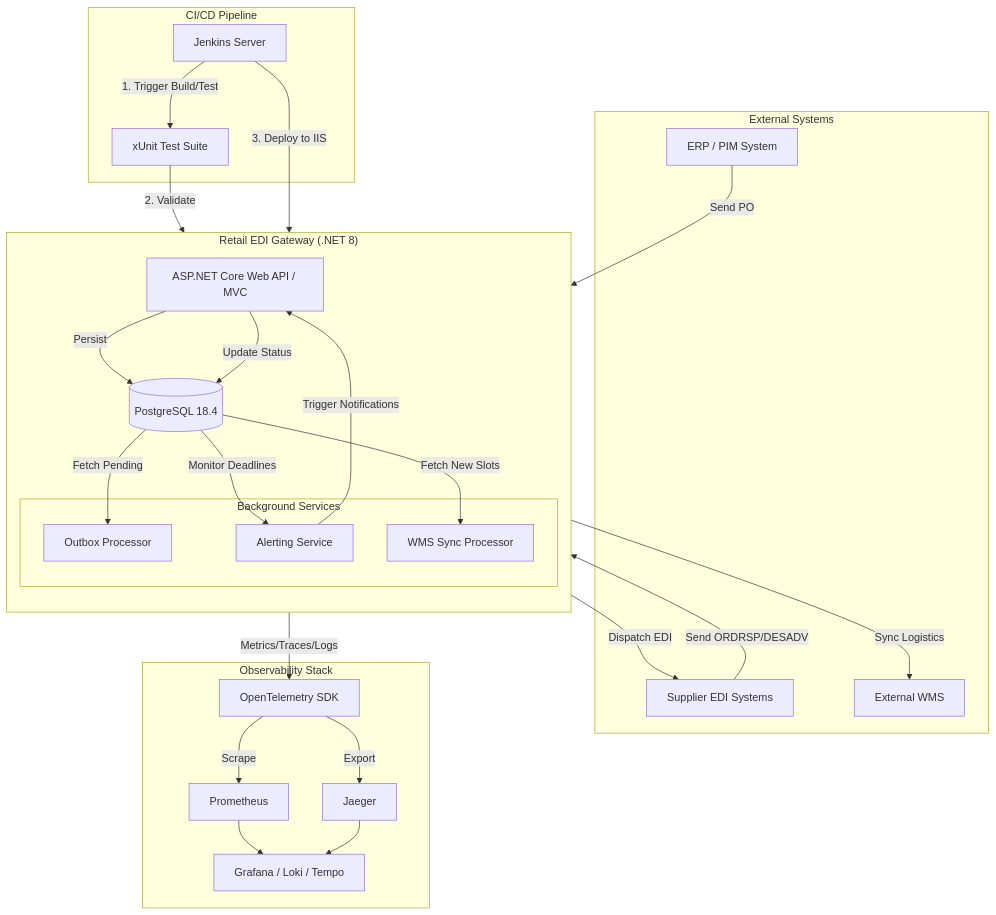
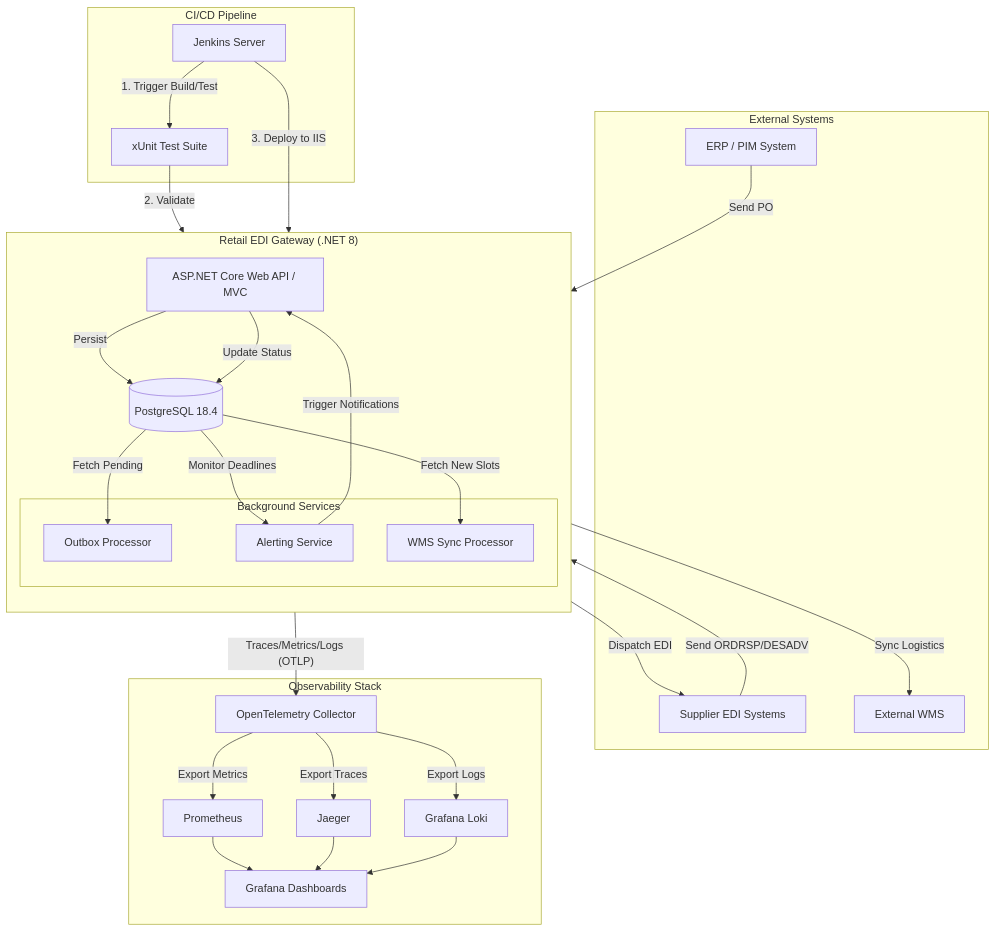
The third of 3 diagrams in README.md (dawidbera/retail-edi-gateway), drawn with Mermaid before and after one commit. The commit also changed other lines of this file and 8 other files, not shown here.

Commit message:
feat(otel): centralize telemetry via OTel Collector and update observability docs

````diff
--- a/README.md
+++ b/README.md
@@ -171,60 +187,63 @@
 ```mermaid
 graph TB
     subgraph CI_CD ["CI/CD Pipeline"]
         Jenkins[Jenkins Server]
         Tests[xUnit Test Suite]
     end
 
     subgraph ExternalServices ["External Systems"]
         ERP[ERP / PIM System]
         SUP[Supplier EDI Systems]
         WMS_EXT[External WMS]
     end
 
     subgraph GatewayApp ["Retail EDI Gateway (.NET 8)"]
         direction TB
         API[ASP.NET Core Web API / MVC]
         DB[(PostgreSQL 18.4)]
         
         subgraph BackgroundWorkers ["Background Services"]
             Outbox[Outbox Processor]
             Alerting[Alerting Service]
             WMSSync[WMS Sync Processor]
         end
     end
 
     subgraph Observability ["Observability Stack"]
-        OTel[OpenTelemetry SDK]
+        OTelColl[OpenTelemetry Collector]
         Prom[Prometheus]
         Jaeger[Jaeger]
-        Grafana[Grafana / Loki / Tempo]
+        Loki[Grafana Loki]
+        Grafana[Grafana Dashboards]
     end
 
     %% CI/CD Flow
     Jenkins -- "1. Trigger Build/Test" --> Tests
     Tests -- "2. Validate" --> GatewayApp
     Jenkins -- "3. Deploy to IIS" --> GatewayApp
 
     %% Request Flows
     ERP -- "Send PO" --> API
     API -- "Persist" --> DB
     
     DB -- "Fetch Pending" --> Outbox
     Outbox -- "Dispatch EDI" --> SUP
     
     SUP -- "Send ORDRSP/DESADV" --> API
     API -- "Update Status" --> DB
     
     DB -- "Monitor Deadlines" --> Alerting
     Alerting -- "Trigger Notifications" --> API
     
     DB -- "Fetch New Slots" --> WMSSync
     WMSSync -- "Sync Logistics" --> WMS_EXT
 
     %% Telemetry Flows
-    GatewayApp -- "Metrics/Traces/Logs" --> OTel
-    OTel -- "Scrape" --> Prom
-    OTel -- "Export" --> Jaeger
+    GatewayApp -- "Traces/Metrics/Logs (OTLP)" --> OTelColl
+    OTelColl -- "Export Metrics" --> Prom
+    OTelColl -- "Export Traces" --> Jaeger
+    OTelColl -- "Export Logs" --> Loki
     Prom --> Grafana
     Jaeger --> Grafana
+    Loki --> Grafana
 ```
````
